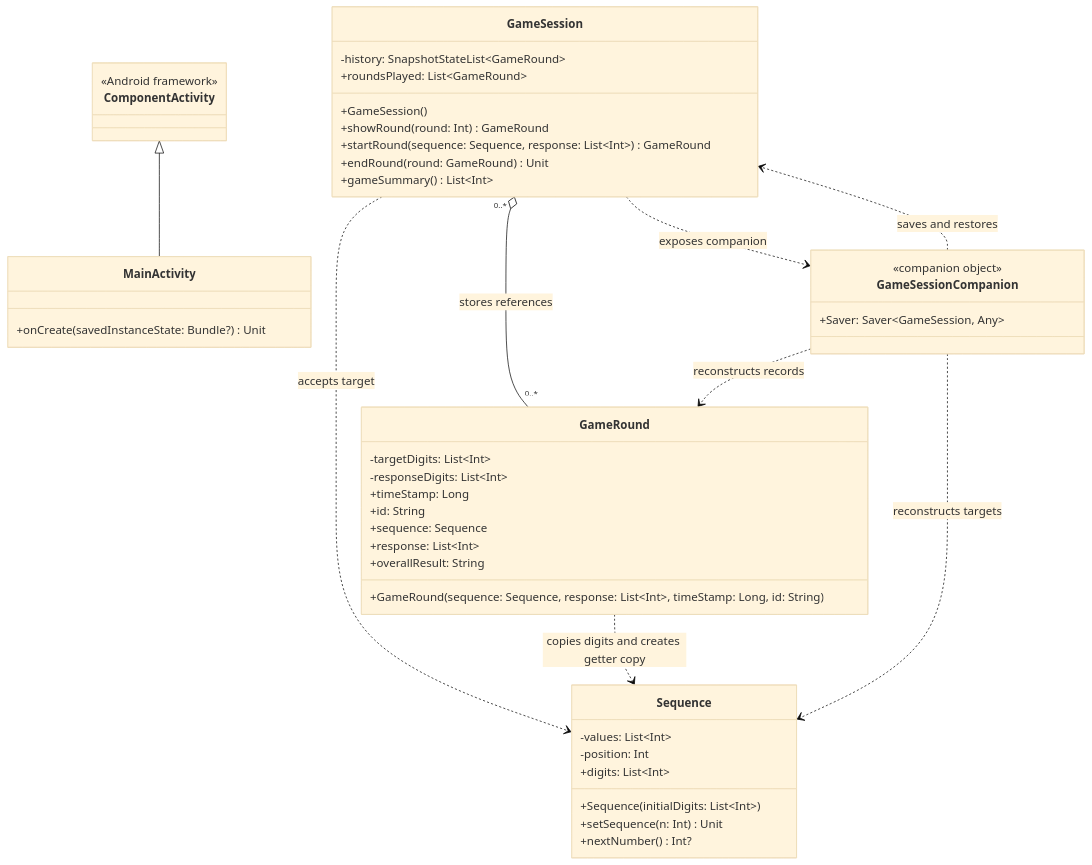
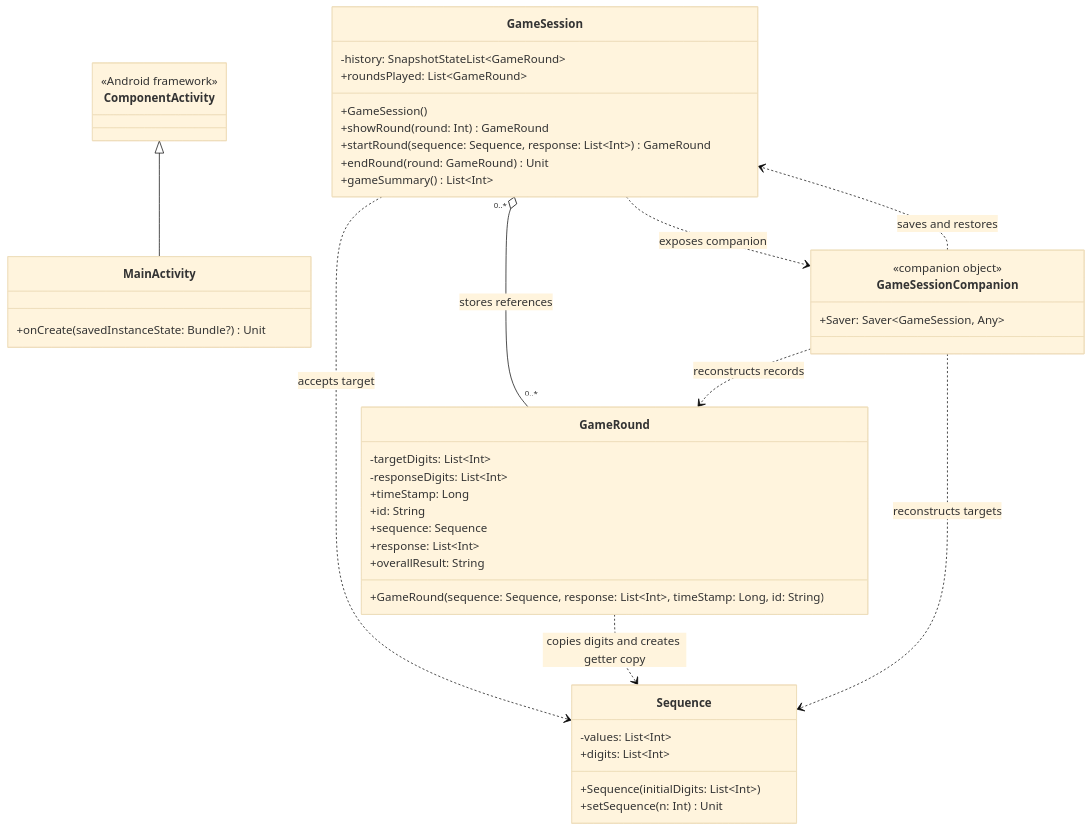
Before and after one commit to Vortexblaster/a1-fall2026: the first of 3 diagrams in UML.md, drawn with Mermaid (base theme). The commit also changed other lines of this file and 3 other files, not shown here.

````diff
--- a/UML.md
+++ b/UML.md
@@ -14,48 +14,46 @@
 ```mermaid
 classDiagram
     class ComponentActivity {
         <<Android framework>>
     }
     class MainActivity {
         +onCreate(savedInstanceState: Bundle?) Unit
     }
     class Sequence {
         -values: List~Int~
-        -position: Int
         +digits: List~Int~
         +Sequence(initialDigits: List~Int~)
         +setSequence(n: Int) Unit
-        +nextNumber() Int?
     }
     class GameRound {
         -targetDigits: List~Int~
         -responseDigits: List~Int~
         +timeStamp: Long
         +id: String
         +sequence: Sequence
         +response: List~Int~
         +overallResult: String
         +GameRound(sequence: Sequence, response: List~Int~, timeStamp: Long, id: String)
     }
     class GameSession {
         -history: SnapshotStateList~GameRound~
         +roundsPlayed: List~GameRound~
         +GameSession()
         +showRound(round: Int) GameRound
         +startRound(sequence: Sequence, response: List~Int~) GameRound
         +endRound(round: GameRound) Unit
         +gameSummary() List~Int~
     }
     class GameSessionCompanion {
         <<companion object>>
         +Saver: Saver~GameSession, Any~
     }
     ComponentActivity <|-- MainActivity
     GameSession "0..*" o-- "0..*" GameRound : stores references
     GameSession ..> Sequence : accepts target
     GameRound ..> Sequence : copies digits and creates getter copy
     GameSession ..> GameSessionCompanion : exposes companion
     GameSessionCompanion ..> GameSession : saves and restores
     GameSessionCompanion ..> GameRound : reconstructs records
     GameSessionCompanion ..> Sequence : reconstructs targets
 ```
````
